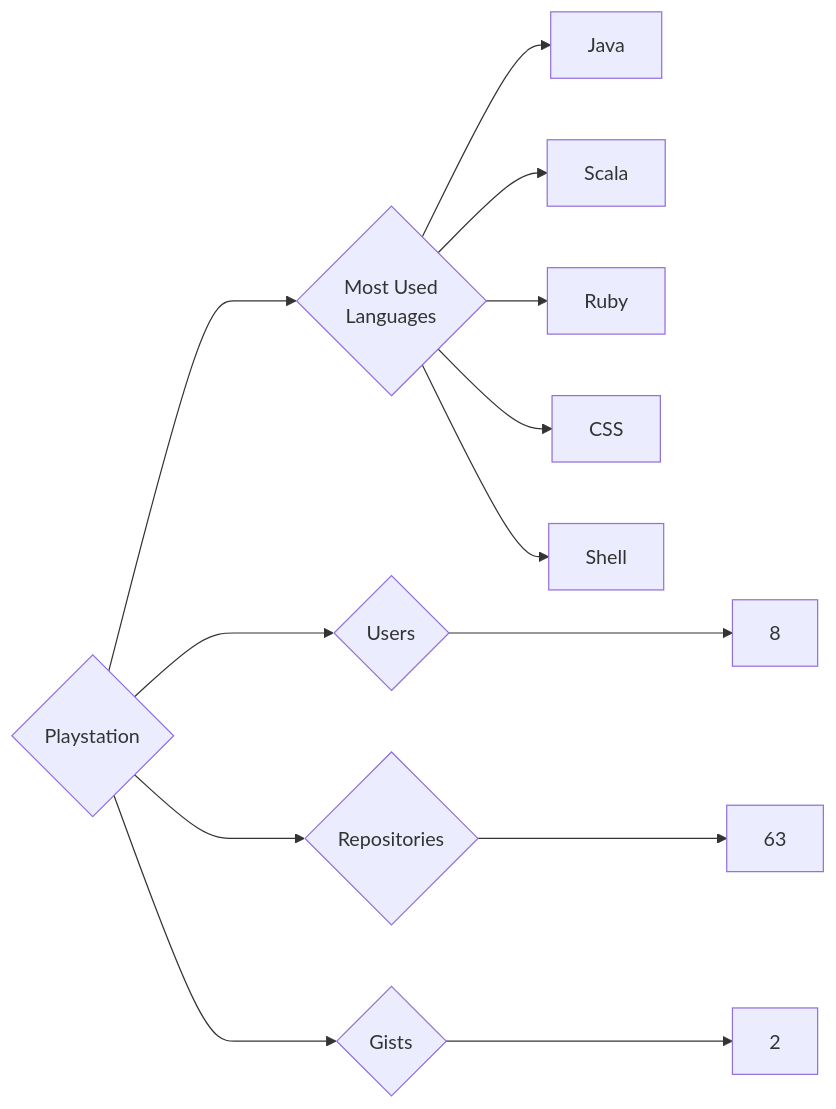
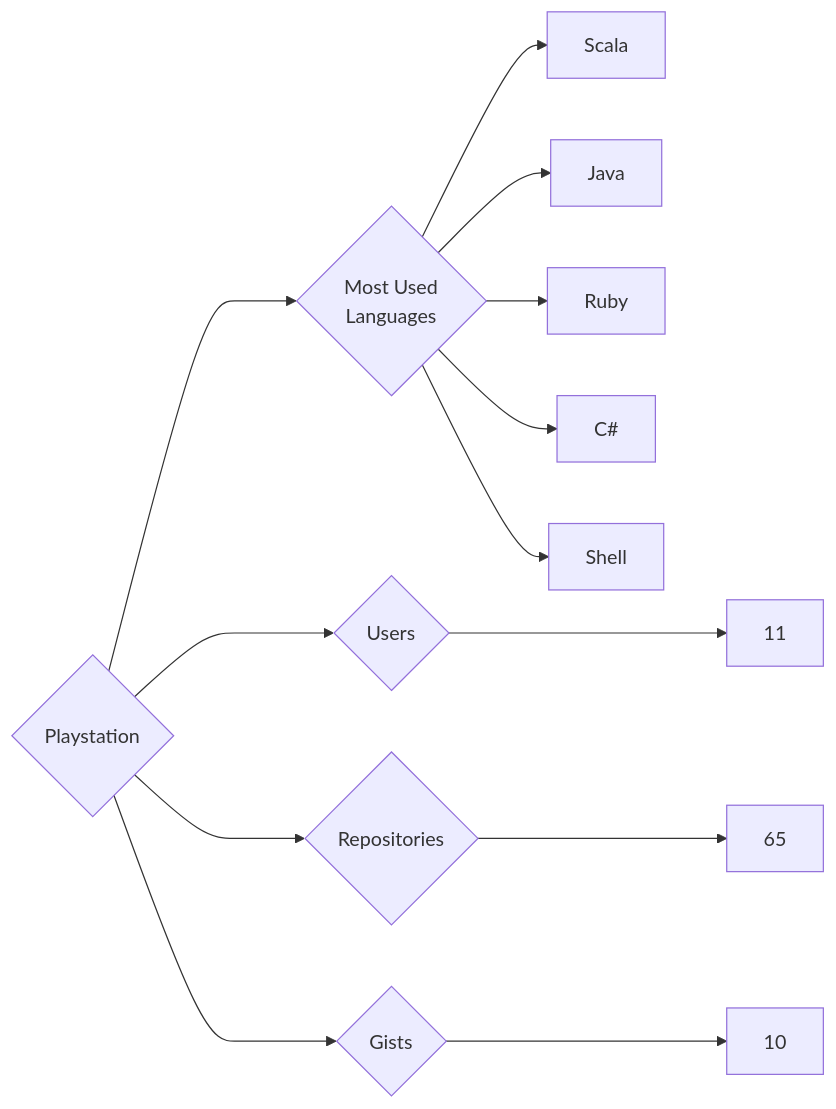
One commit to trickest/insiders changed the diagram in targets/Playstation/README.md. Above: the diagram before and after it, drawn with Mermaid. The commit also changed 912 other files, not shown here.

````diff
--- a/targets/Playstation/README.md
+++ b/targets/Playstation/README.md
@@ -3,13 +3,13 @@
 ```mermaid
 graph LR
 COMPANY_NAME{Playstation}
-COMPANY_NAME ---> U{Users} ---> UN[8]
-COMPANY_NAME ---> R{Repositories} ---> RN[63]
-COMPANY_NAME ---> G{Gists} ---> GN[2]
+COMPANY_NAME ---> U{Users} ---> UN[11]
+COMPANY_NAME ---> R{Repositories} ---> RN[65]
+COMPANY_NAME ---> G{Gists} ---> GN[10]
 COMPANY_NAME ---> ML{Most Used<br>Languages}
+ML --> Scala[Scala]
 ML --> Java[Java]
-ML --> Scala[Scala]
 ML --> Ruby[Ruby]
-ML --> CSS[CSS]
+ML --> C#[C#]
 ML --> Shell[Shell]
 ```
````
